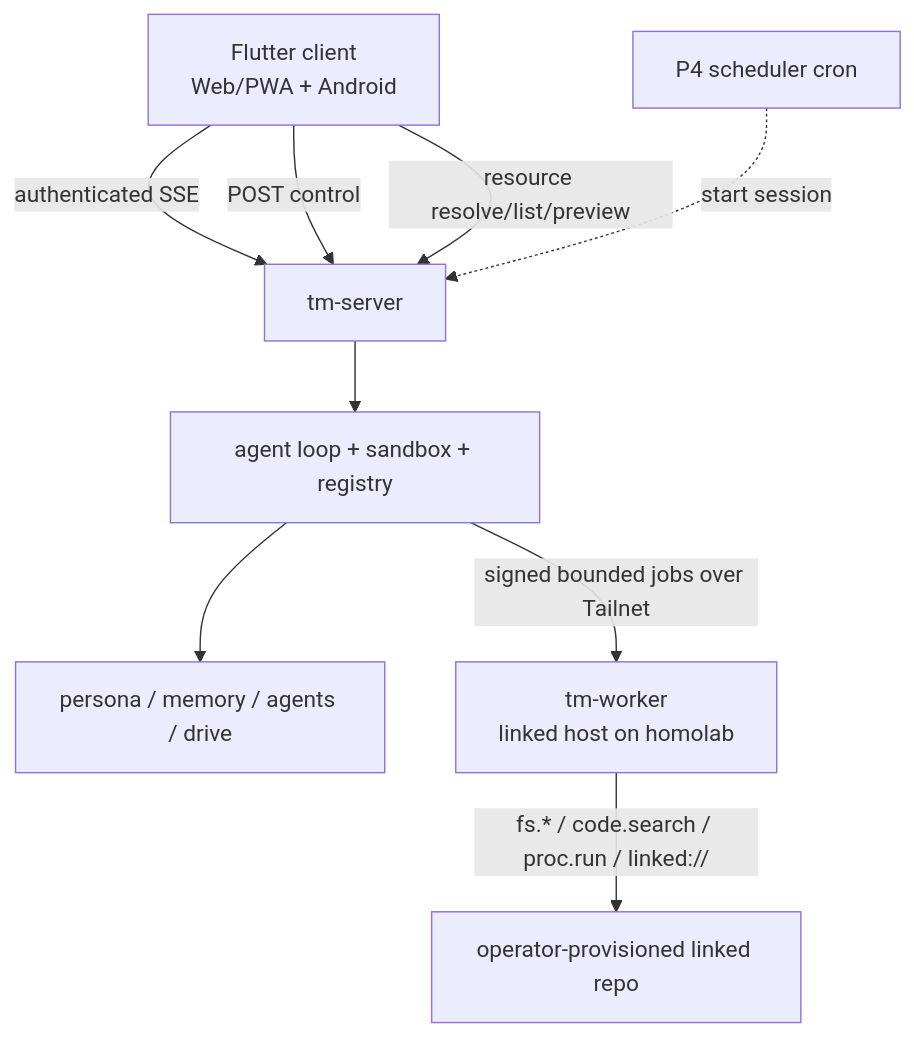
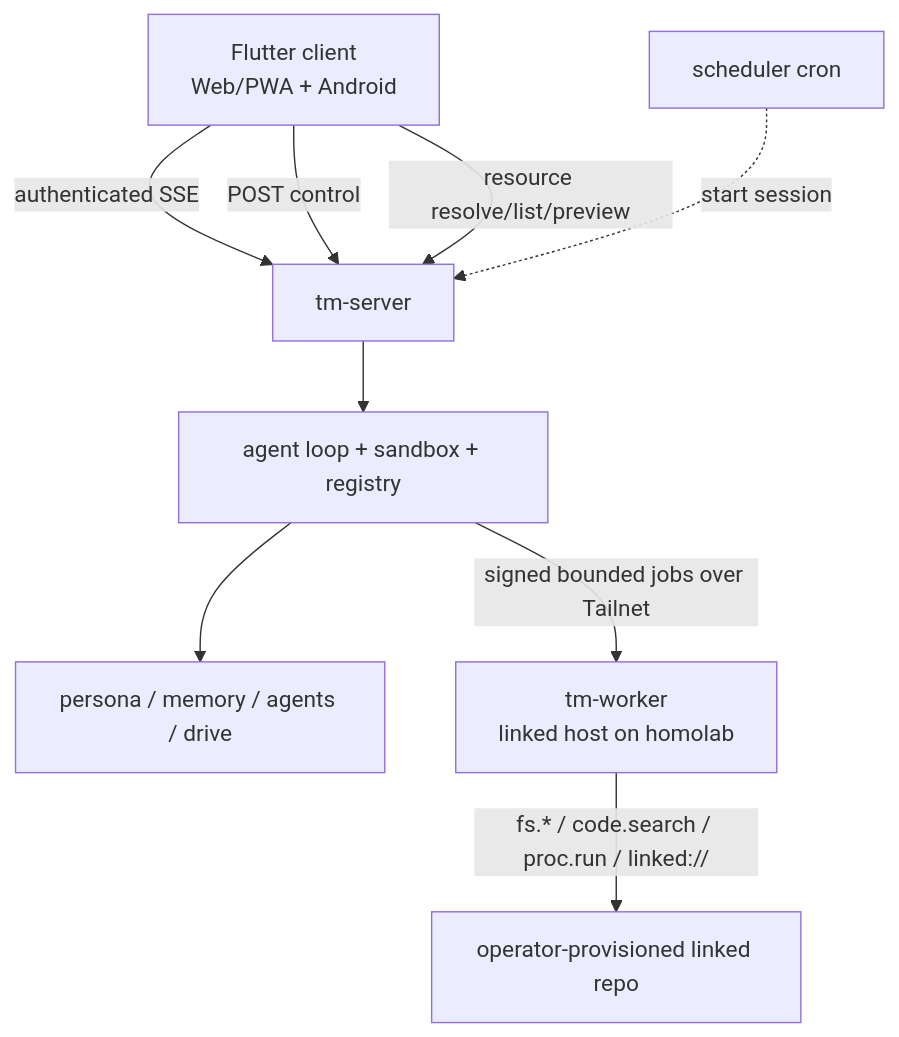
One commit to mozufu/TempestMiku changed the diagram in docs/design/product/27-server-and-clients.md. Above: the diagram before and after it, drawn with Mermaid. The commit also changed other lines of this file and 30 other files, not shown here.

````diff
--- a/docs/design/product/27-server-and-clients.md
+++ b/docs/design/product/27-server-and-clients.md
@@ -43,11 +43,11 @@
 ```mermaid
 flowchart TD
   FLUTTER[Flutter client<br/>Web/PWA + Android] -->|authenticated SSE| SRV[tm-server]
   FLUTTER -->|POST control| SRV
   FLUTTER -->|resource resolve/list/preview| SRV
-  SCHED[P4 scheduler cron] -.start session.-> SRV
+  SCHED[scheduler cron] -.start session.-> SRV
   SRV --> CORE[agent loop + sandbox + registry]
   CORE --> SUBS[persona / memory / agents / drive]
   CORE -->|signed bounded jobs over Tailnet| WORKER[tm-worker<br/>linked host on homolab]
   WORKER -->|fs.* / code.search / proc.run / linked://| REPO[operator-provisioned linked repo]
 ```
````
